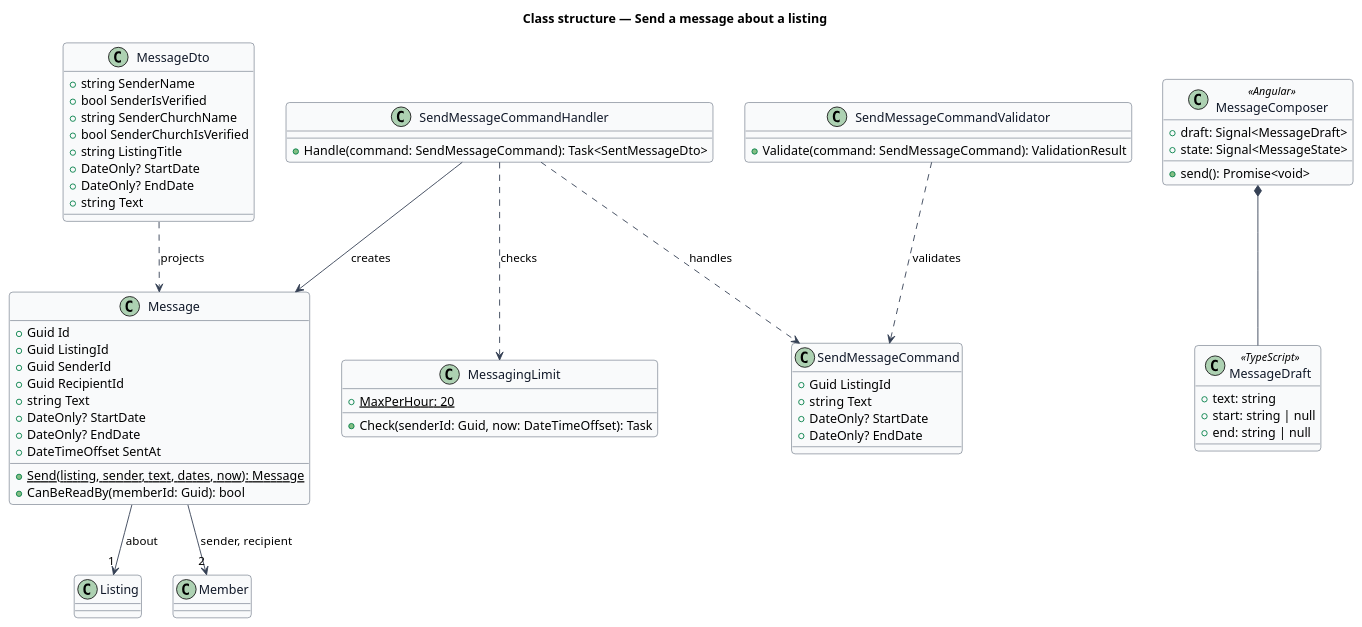
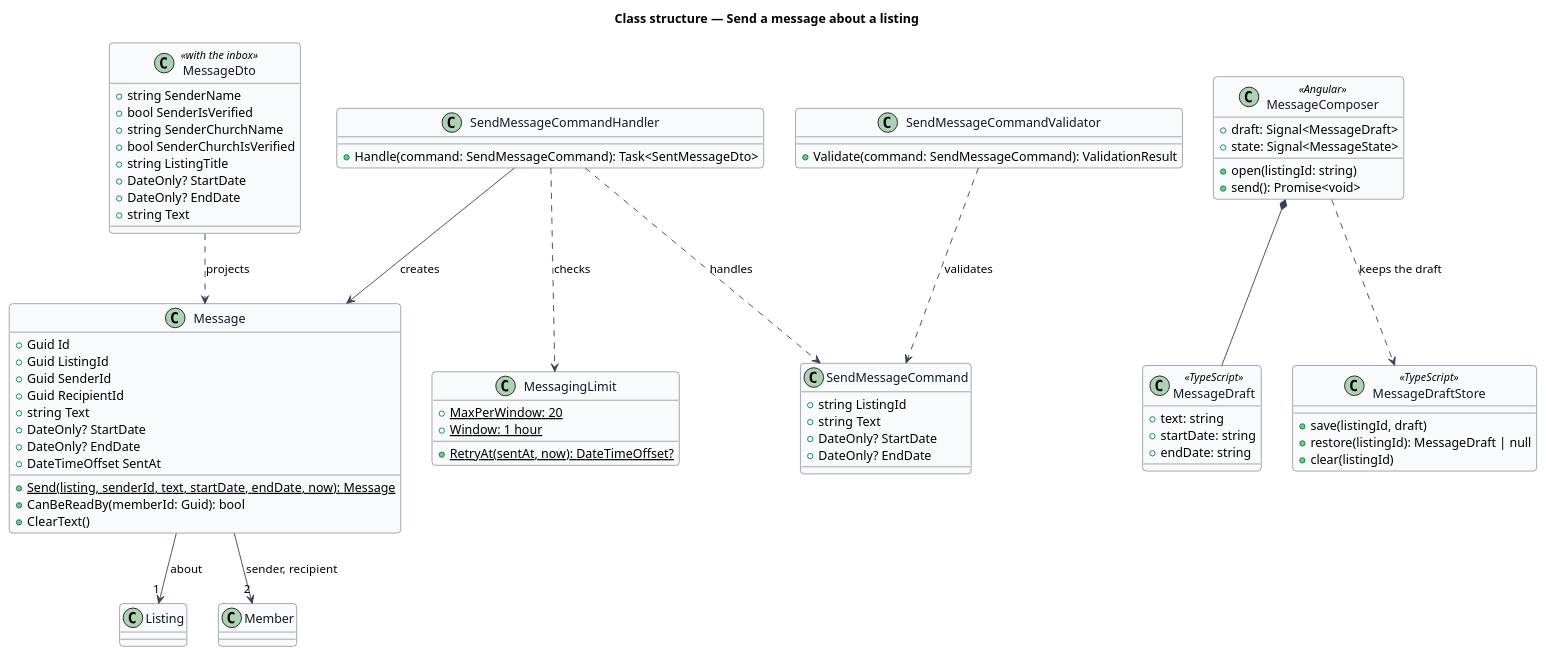
The diagram in docs/detailed-designs/messages/send-message/diagrams/class-structure.puml (QuinntyneBrown/christian-rent), drawn with PlantUML before and after one commit. The commit also changed 22 other files, not shown here.

First line of the commit message:
Decide sending a message's open points: ADR 0022, the requirements, the no-price mock and the send-message design

```diff
--- a/docs/detailed-designs/messages/send-message/diagrams/class-structure.puml
+++ b/docs/detailed-designs/messages/send-message/diagrams/class-structure.puml
@@ -1,72 +1,81 @@
 @startuml
 ' --- shared skin header ---
 skinparam backgroundColor #FFFFFF
 skinparam shadowing false
 skinparam roundcorner 8
 skinparam defaultFontName Arial
 skinparam ArrowColor #344054
 skinparam class {
   BorderColor #344054
   FontColor #101828
   BackgroundColor #F9FAFB
 }
 ' --------------------------
 title Class structure — Send a message about a listing
 
 class Message {
   +Guid Id
   +Guid ListingId
   +Guid SenderId
   +Guid RecipientId
   +string Text
   +DateOnly? StartDate
   +DateOnly? EndDate
   +DateTimeOffset SentAt
-  +{static} Send(listing, sender, text, dates, now): Message
+  +{static} Send(listing, senderId, text, startDate, endDate, now): Message
   +CanBeReadBy(memberId: Guid): bool
+  +ClearText()
 }
 class SendMessageCommand {
-  +Guid ListingId
+  +string ListingId
   +string Text
   +DateOnly? StartDate
   +DateOnly? EndDate
 }
 class SendMessageCommandValidator {
   +Validate(command: SendMessageCommand): ValidationResult
 }
 class SendMessageCommandHandler {
   +Handle(command: SendMessageCommand): Task<SentMessageDto>
 }
 class MessagingLimit {
-  +{static} MaxPerHour: 20
-  +Check(senderId: Guid, now: DateTimeOffset): Task
+  +{static} MaxPerWindow: 20
+  +{static} Window: 1 hour
+  +{static} RetryAt(sentAt, now): DateTimeOffset?
 }
-class MessageDto {
+class MessageDto <<with the inbox>> {
   +string SenderName
   +bool SenderIsVerified
   +string SenderChurchName
   +bool SenderChurchIsVerified
   +string ListingTitle
   +DateOnly? StartDate
   +DateOnly? EndDate
   +string Text
 }
 class MessageComposer <<Angular>> {
   +draft: Signal<MessageDraft>
   +state: Signal<MessageState>
+  +open(listingId: string)
   +send(): Promise<void>
 }
 class MessageDraft <<TypeScript>> {
   +text: string
-  +start: string | null
-  +end: string | null
+  +startDate: string
+  +endDate: string
 }
 SendMessageCommandHandler ..> SendMessageCommand : handles
 SendMessageCommandValidator ..> SendMessageCommand : validates
 SendMessageCommandHandler ..> MessagingLimit : checks
 SendMessageCommandHandler --> Message : creates
 Message --> "1" Listing : about
 Message --> "2" Member : sender, recipient
 MessageDto ..> Message : projects
 MessageComposer *-- MessageDraft
+class MessageDraftStore <<TypeScript>> {
+  +save(listingId, draft)
+  +restore(listingId): MessageDraft | null
+  +clear(listingId)
+}
+MessageComposer ..> MessageDraftStore : keeps the draft
 @enduml
```
